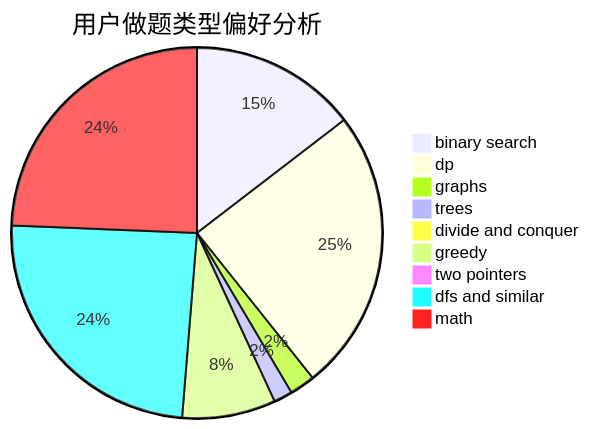
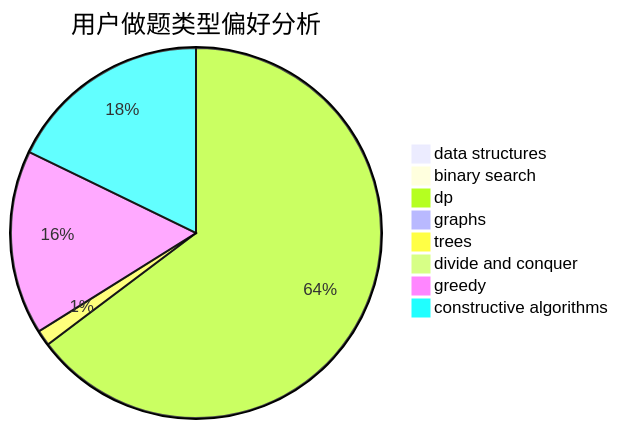
The second of 3 diagrams in docs/user/u2342.md (sherpahu/cfrs.github.io), drawn with Mermaid before and after one commit. The commit also changed other lines of this file and 2775 other files, not shown here.

````diff
--- a/docs/user/u2342.md
+++ b/docs/user/u2342.md
@@ -23,12 +23,11 @@
 ```mermaid
 pie title 用户做题类型偏好分析
-    "binary search" :  125
-    "dp" :  212
-    "graphs" :  19
-    "trees" :  14
+    "data structures" :  0
+    "binary search" :  1
+    "dp" :  189
+    "graphs" :  1
+    "trees" :  4
     "divide and conquer" :  0
-    "greedy" :  70
-    "two pointers" :  1
-    "dfs and similar" :  209
-    "math" :  209
+    "greedy" :  47
+    "constructive algorithms" :  52
 ```
````
